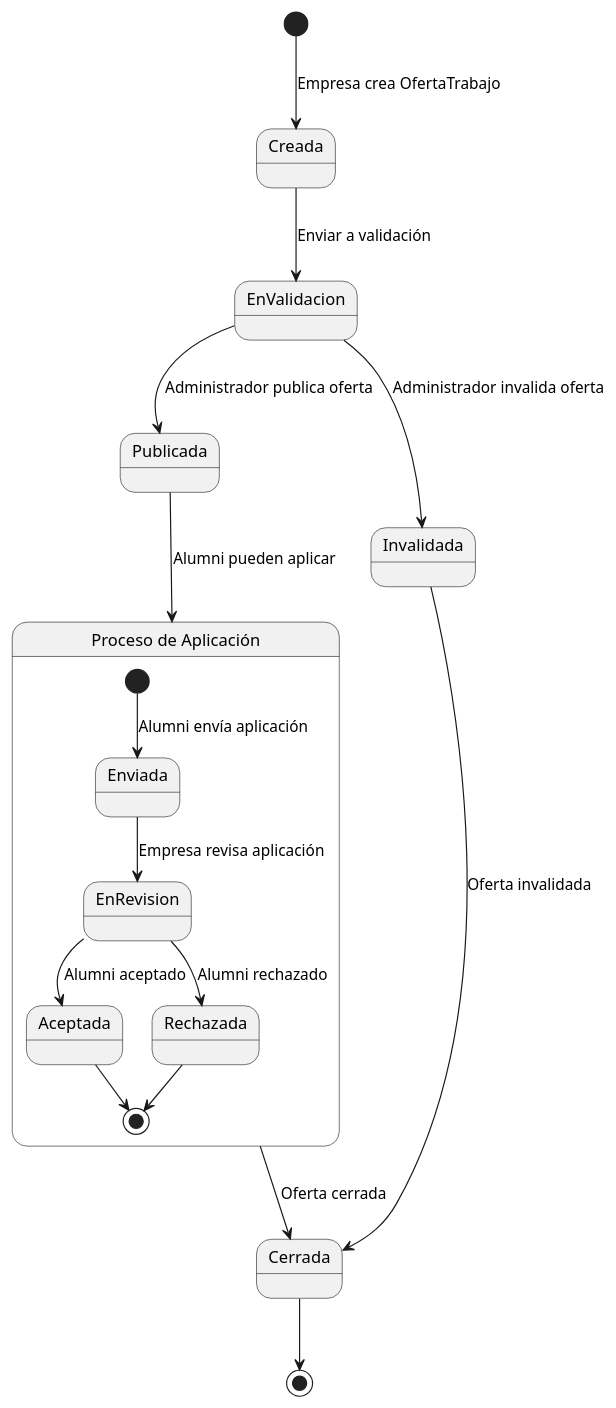
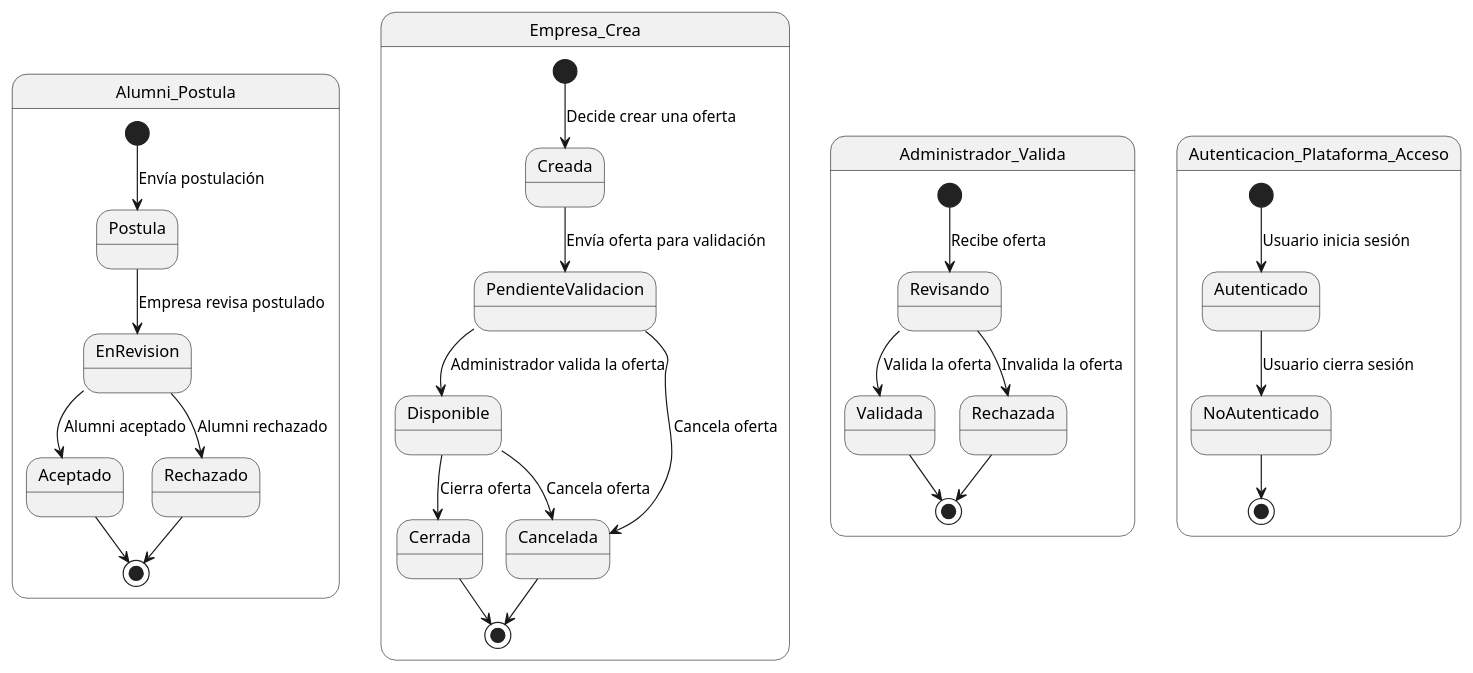
Before and after one commit to mmasias/24-25-IdSw1-SDR: the diagram in modelosUML/ModeloDominio/diagramaEstados.puml, drawn with PlantUML. The commit also changed 3 other files, not shown here.

Commit message:
Update State Diagram

```diff
--- a/modelosUML/ModeloDominio/diagramaEstados.puml
+++ b/modelosUML/ModeloDominio/diagramaEstados.puml
@@ -1,23 +1,37 @@
 @startuml
-[*] --> Creada : Empresa crea OfertaTrabajo
 
-Creada --> EnValidacion : Enviar a validación
-EnValidacion --> Publicada : Administrador publica oferta
-EnValidacion --> Invalidada : Administrador invalida oferta
+state Alumni_Postula {
+    [*] --> Postula : Envía postulación
+    Postula --> EnRevision : Empresa revisa postulado
+    EnRevision --> Aceptado : Alumni aceptado
+    EnRevision --> Rechazado : Alumni rechazado
+    Aceptado --> [*]
+    Rechazado --> [*]
+}
 
-Publicada --> Aplicacion : Alumni pueden aplicar
+state Empresa_Crea {
+    [*] --> Creada : Decide crear una oferta
+    Creada --> PendienteValidacion : Envía oferta para validación
+    PendienteValidacion --> Disponible : Administrador valida la oferta
+    PendienteValidacion --> Cancelada : Cancela oferta
+    Disponible --> Cerrada : Cierra oferta
+    Disponible --> Cancelada : Cancela oferta
+    Cerrada --> [*]
+    Cancelada --> [*]
+}
 
-state "Proceso de Aplicación" as Aplicacion {
-    [*] --> Enviada : Alumni envía aplicación
-    Enviada --> EnRevision : Empresa revisa aplicación
-    EnRevision --> Aceptada : Alumni aceptado
-    EnRevision --> Rechazada : Alumni rechazado
-    Aceptada --> [*]
+state Administrador_Valida {
+    [*] --> Revisando : Recibe oferta
+    Revisando --> Validada : Valida la oferta
+    Revisando --> Rechazada : Invalida la oferta
+    Validada --> [*]
     Rechazada --> [*]
 }
 
-Aplicacion --> Cerrada : Oferta cerrada
-Invalidada --> Cerrada : Oferta invalidada
+state Autenticacion_Plataforma_Acceso {
+    [*] --> Autenticado : Usuario inicia sesión
+    Autenticado --> NoAutenticado : Usuario cierra sesión
+    NoAutenticado --> [*]
+}
 
-Cerrada --> [*]
 @enduml
```
